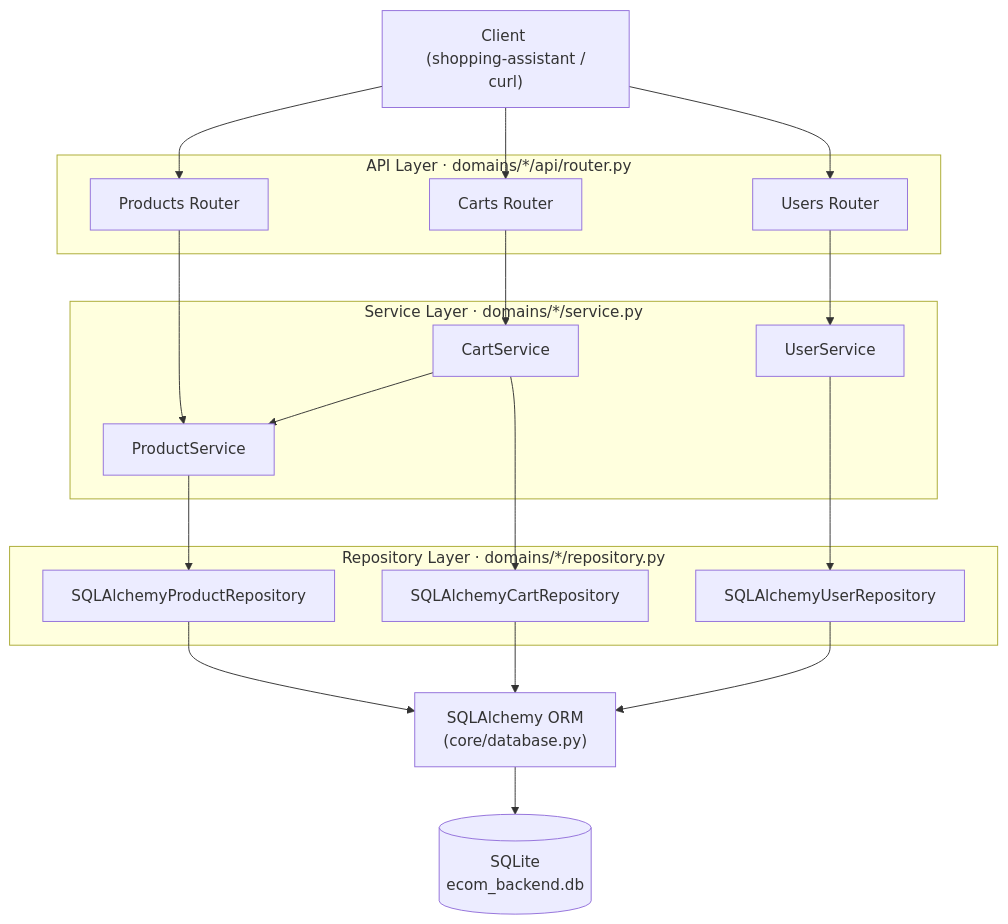
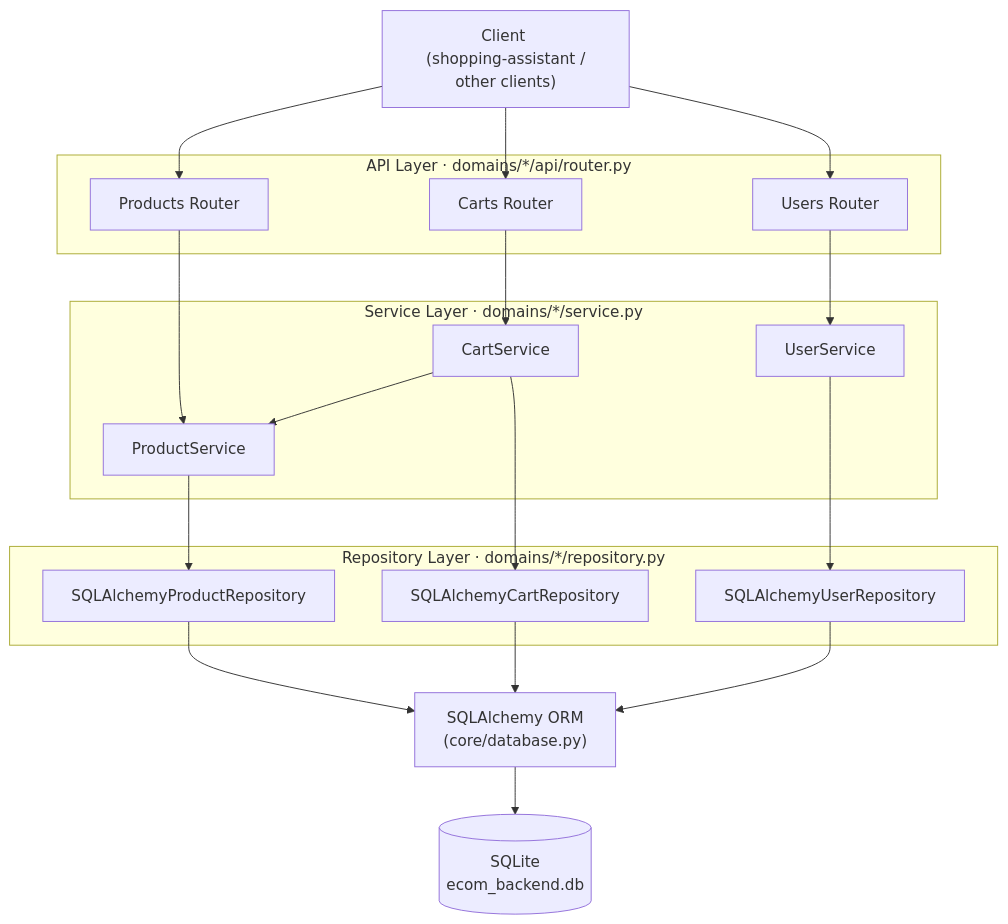
Before and after one commit to abhi8893/genai-shopping-assistant: the first of 2 diagrams in services/ecom-backend/README.md, drawn with Mermaid.

Commit message:
minor edits

````diff
--- a/services/ecom-backend/README.md
+++ b/services/ecom-backend/README.md
@@ -185,35 +185,35 @@
 ```mermaid
 flowchart TD
-    Client["Client <br> (shopping-assistant / curl)"]
+    Client["Client <br> (shopping-assistant / other clients)"]
 
     subgraph API["API Layer  ·  domains/*/api/router.py"]
         PR["Products Router"]
         CR["Carts Router"]
         UR["Users Router"]
     end
 
     subgraph SVC["Service Layer  ·  domains/*/service.py"]
         PS["ProductService"]
         CS["CartService"]
         US["UserService"]
     end
 
     subgraph REPO["Repository Layer  ·  domains/*/repository.py"]
         PPR["SQLAlchemyProductRepository"]
         CPR["SQLAlchemyCartRepository"]
         UPR["SQLAlchemyUserRepository"]
     end
 
     ORM["SQLAlchemy ORM <br> (core/database.py)"]
     DB[("SQLite <br> ecom_backend.db")]
 
     Client --> PR & CR & UR
     PR --> PS
     CR --> CS
     UR --> US
     CS --> PS
     PS --> PPR
     CS --> CPR
     US --> UPR
     PPR & CPR & UPR --> ORM --> DB
 ```
````
